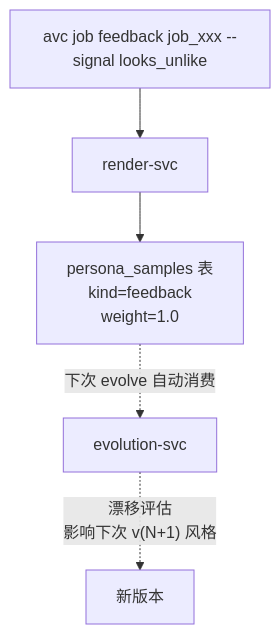
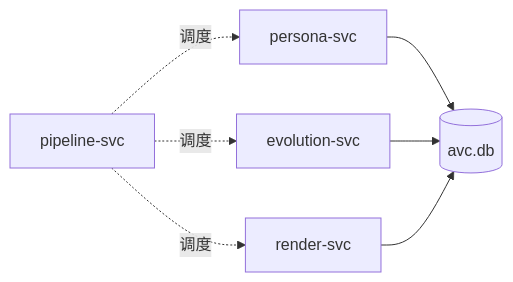
Before and after one commit to growdu/avcore: the second of 3 diagrams in docs/architecture.md, drawn with Mermaid. The commit also changed other lines of this file and 13 other files, not shown here.

````diff
--- a/docs/architecture.md
+++ b/docs/architecture.md
@@ -422,7 +41,9 @@
 ```mermaid
-flowchart TB
-    U["avc job feedback job_xxx --signal looks_unlike"] --> RS[render-svc]
-    RS --> SM["persona_samples 表<br/>kind=feedback<br/>weight=1.0"]
-    SM -.->|"下次 evolve 自动消费"| EV[evolution-svc]
-    EV -.->|"漂移评估<br/>影响下次 v(N+1) 风格"| EVNEW[新版本]
+flowchart LR
+    PM[persona-svc] --> ST[(avc.db)]
+    EV[evolution-svc] --> ST
+    VG[render-svc] --> ST
+    PL[pipeline-svc] -.调度.-> PM
+    PL -.调度.-> EV
+    PL -.调度.-> VG
 ```
````
